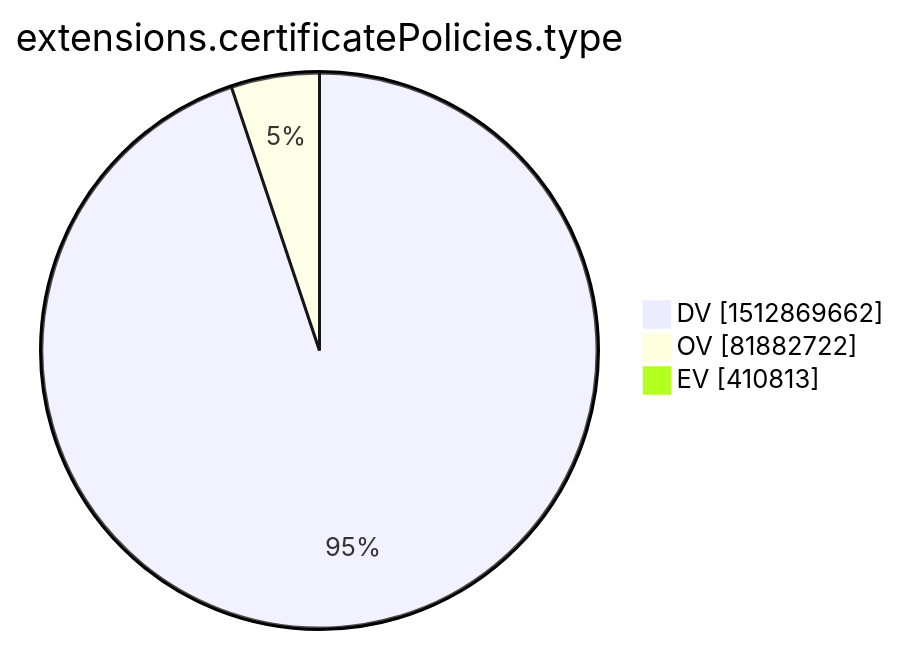
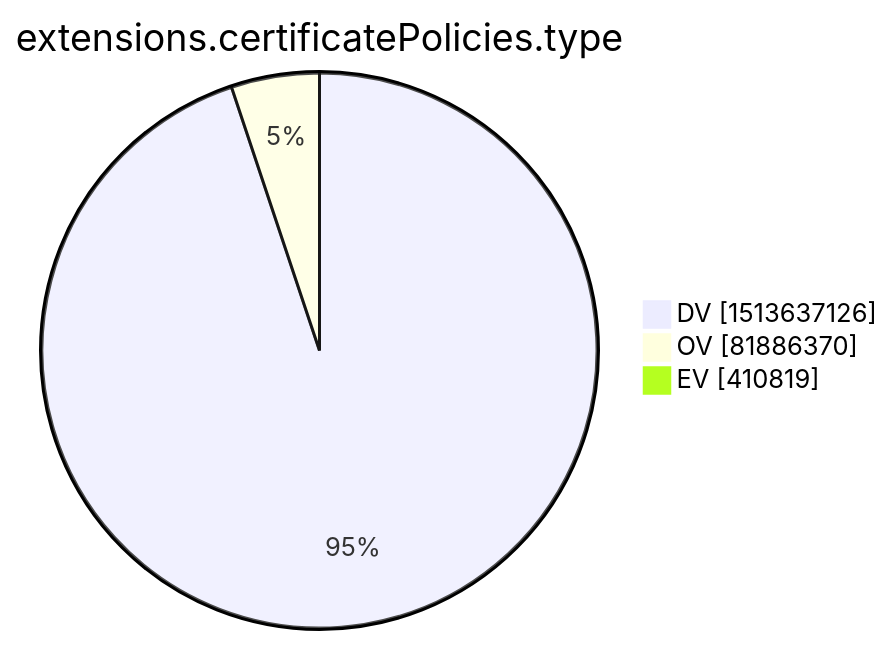
One commit to christiankrug/ctmonitor_visualization changed the tenth of 15 diagrams in xenon2022/README.md. Above: the diagram before and after it, drawn with Mermaid. The commit also changed other lines of this file, not shown here.

````diff
--- a/xenon2022/README.md
+++ b/xenon2022/README.md
@@ -2875,7 +2875,7 @@
 ```mermaid
 pie showData
 title extensions.certificatePolicies.type
-"DV" :1512869662
-"OV" :81882722
-"EV" :410813
+"DV" :1513637126
+"OV" :81886370
+"EV" :410819
 ```
````
